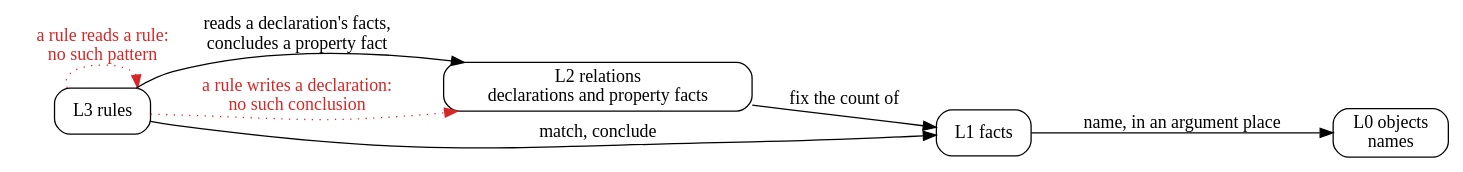
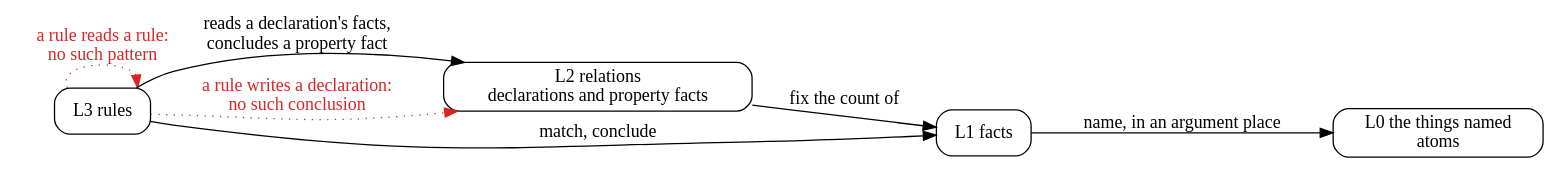
The second of 2 diagrams in docs/ein/reasoning/03-rule-evolution/01-rules-as-data.md (agutikov/ein), drawn with Graphviz before and after one commit. The commit also changed other lines of this file and 35 other files, not shown here.

````diff
--- a/docs/ein/reasoning/03-rule-evolution/01-rules-as-data.md
+++ b/docs/ein/reasoning/03-rule-evolution/01-rules-as-data.md
@@ -237,16 +239,16 @@
 ```dot
 digraph the_line {
   rankdir=LR;
   node [shape=box, style=rounded];
   L3 [label="L3 rules"];
   L2 [label="L2 relations\ndeclarations and property facts"];
   L1 [label="L1 facts"];
-  L0 [label="L0 objects\nnames"];
+  L0 [label="L0 the things named\natoms"];
   L3 -> L1 [label="match, conclude"];
   L3 -> L2 [label="reads a declaration's facts,\nconcludes a property fact"];
   L2 -> L1 [label="fix the count of"];
   L1 -> L0 [label="name, in an argument place"];
   L3 -> L3 [label="a rule reads a rule:\nno such pattern", style=dotted, color="#d62728", fontcolor="#d62728"];
   L3 -> L2 [label="a rule writes a declaration:\nno such conclusion", style=dotted, color="#d62728", fontcolor="#d62728"];
 }
 ```
````
